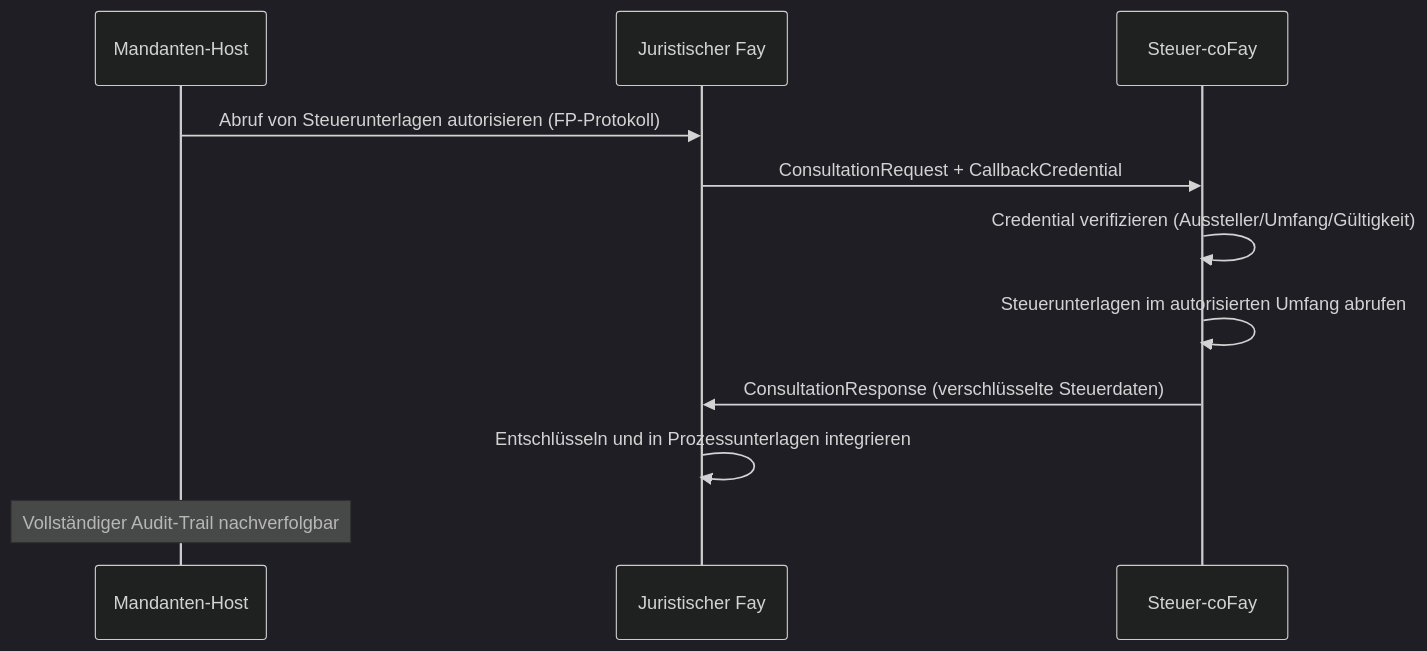
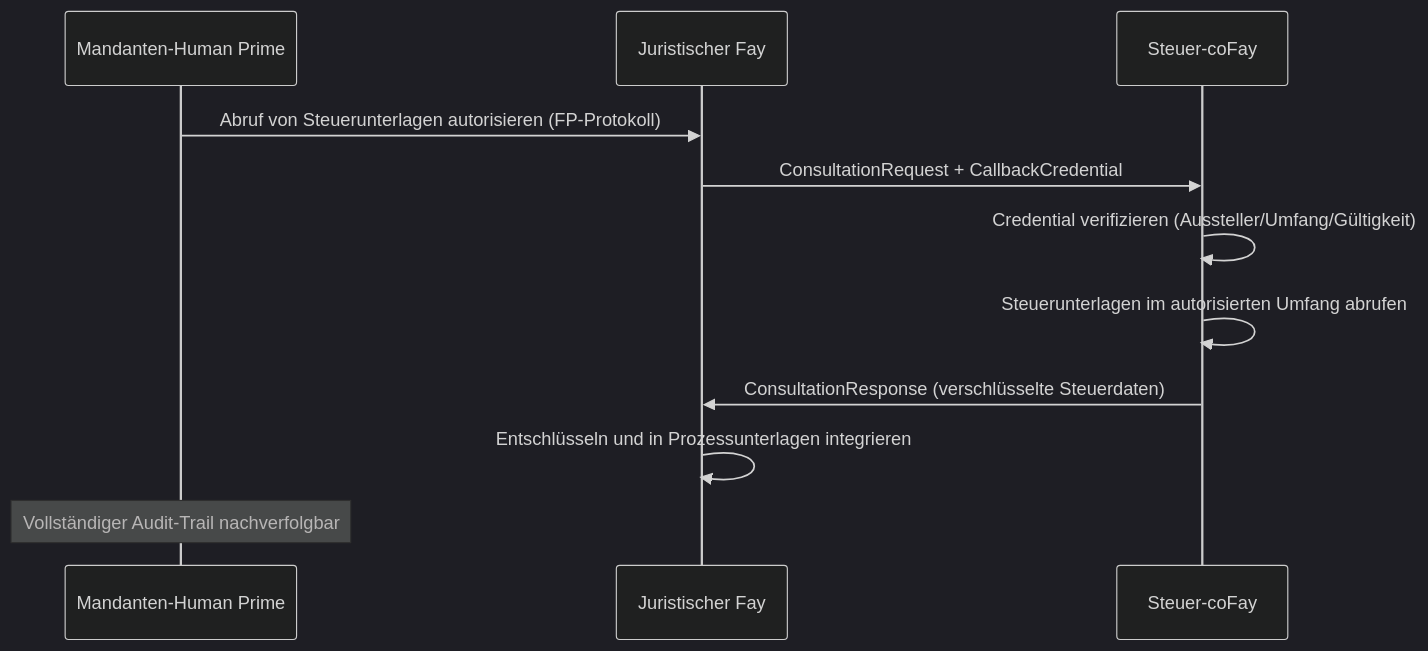
Before and after one commit to ChainModePilot/Telepathy-Protocol: the third of 5 diagrams in docs/de/blueprint/4-anwendungsszenarien.md, drawn with Mermaid (dark theme). The commit also changed other lines of this file and 68 other files, not shown here.

First line of the commit message:
Use 'Human Prime' instead of 'Host' in blueprints

````diff
--- a/docs/de/blueprint/4-anwendungsszenarien.md
+++ b/docs/de/blueprint/4-anwendungsszenarien.md
@@ -84,14 +84,14 @@
 ```mermaid
 sequenceDiagram
-    participant C as Mandanten-Host
+    participant C as Mandanten-Human Prime
     participant LF as Juristischer Fay
     participant TF as Steuer-coFay
 
     C->>LF: Abruf von Steuerunterlagen autorisieren (FP-Protokoll)
     LF->>TF: ConsultationRequest + CallbackCredential
     TF->>TF: Credential verifizieren (Aussteller/Umfang/Gültigkeit)
     TF->>TF: Steuerunterlagen im autorisierten Umfang abrufen
     TF->>LF: ConsultationResponse (verschlüsselte Steuerdaten)
     LF->>LF: Entschlüsseln und in Prozessunterlagen integrieren
     Note over C: Vollständiger Audit-Trail nachverfolgbar
 ```
````
